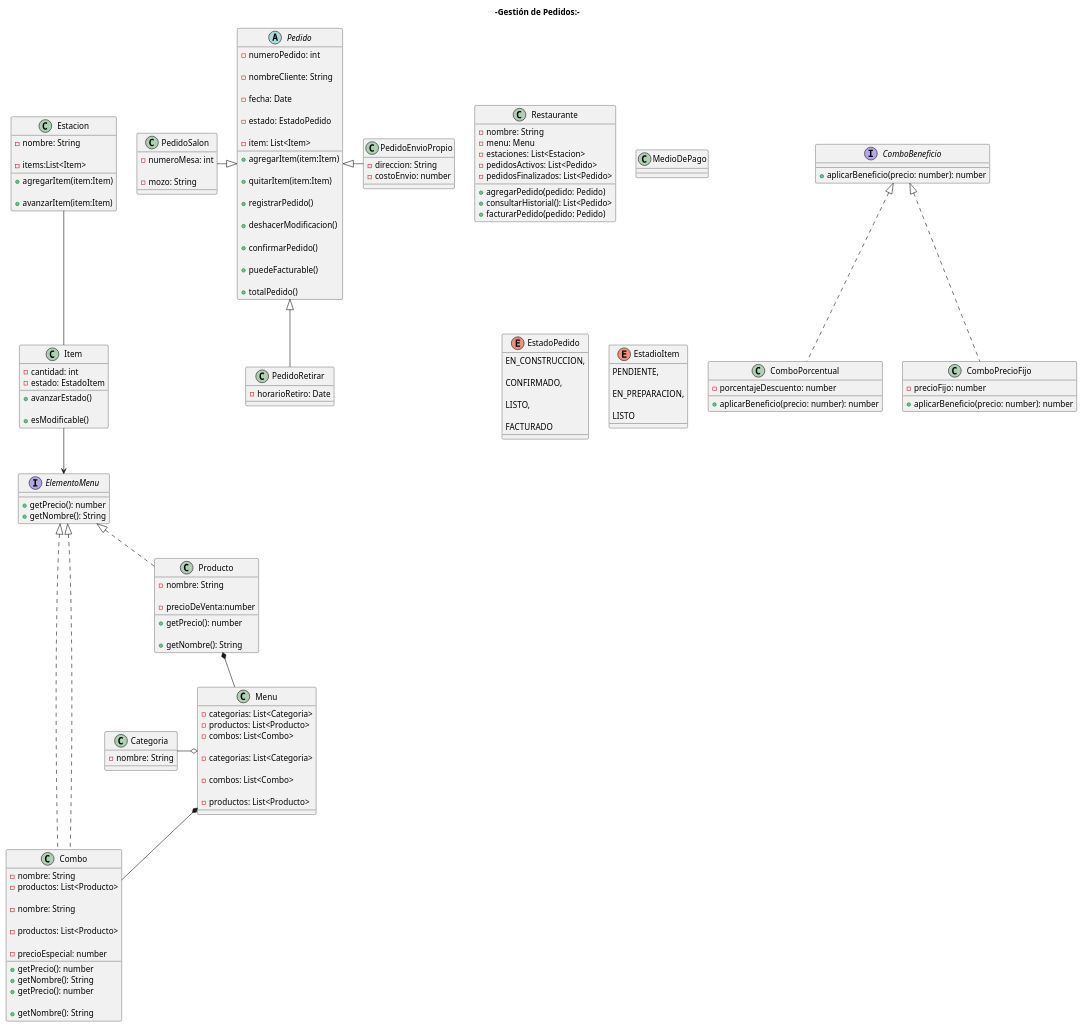
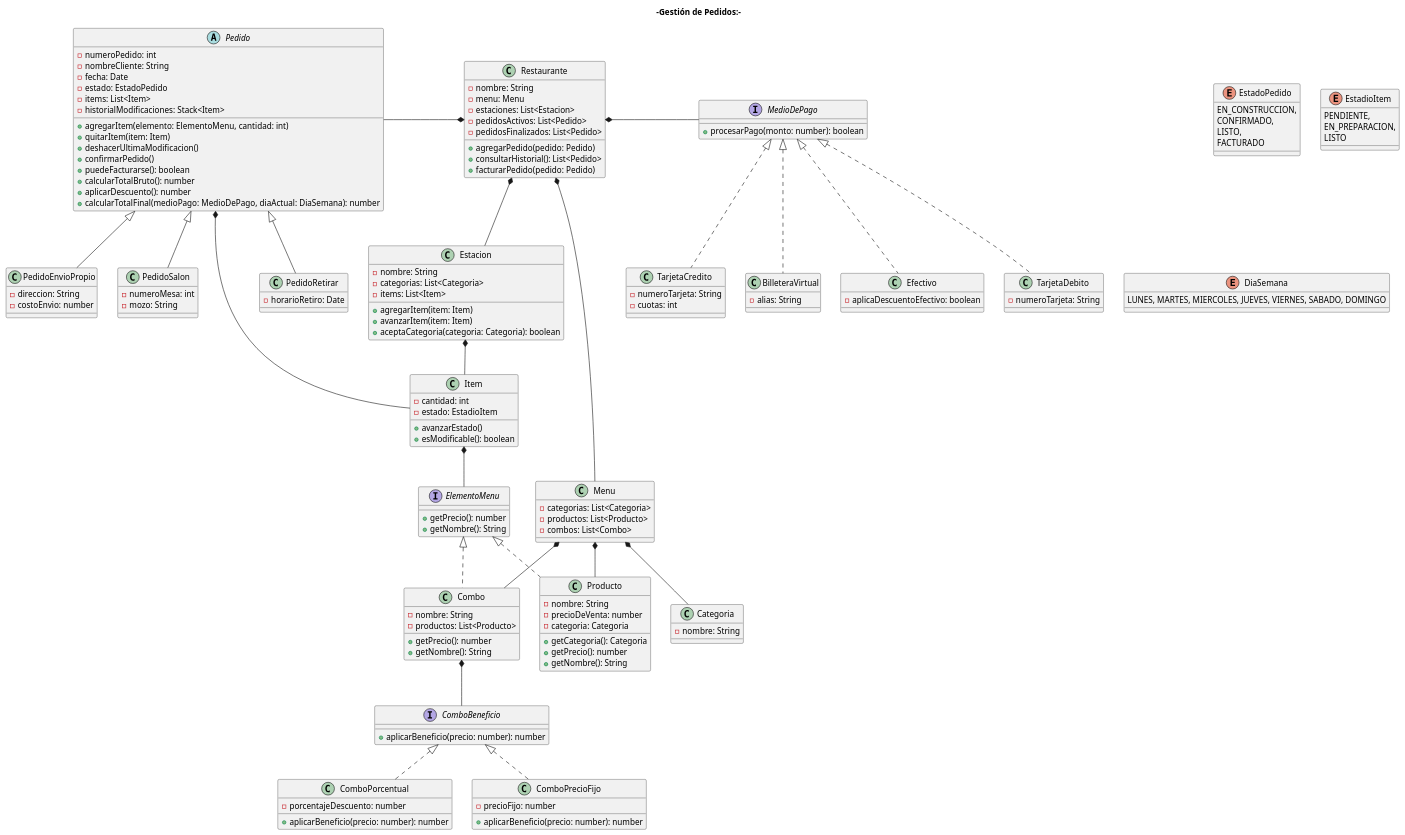
Before and after one commit to JuanJauregui2014/Tp-cuatrimestral-programacion-II: the diagram in diagramas/diagramas.puml, drawn with PlantUML. The commit also changed 10 other files, not shown here.

```diff
--- a/diagramas/diagramas.puml
+++ b/diagramas/diagramas.puml
@@ -1,4 +1,4 @@
-@startuml -Gestión de Pedidos:-
+@startuml
 title -Gestión de Pedidos:-
 class Restaurante {
     -nombre: String
@@ -50,177 +50,135 @@
 
 abstract class Pedido {
     -numeroPedido: int
+    -nombreCliente: String
+    -fecha: Date
+    -estado: EstadoPedido
+    -items: List<Item>
+    -historialModificaciones: Stack<Item>
 
-    -nombreCliente: String
-
-    -fecha: Date
-
-    -estado: EstadoPedido
-
-    -item: List<Item>
-
-
-
-    +agregarItem(item:Item)
-
-    +quitarItem(item:Item)
-
-    +registrarPedido()
-
-    +deshacerModificacion()
-
+    +agregarItem(elemento: ElementoMenu, cantidad: int)
+    +quitarItem(item: Item)
+    +deshacerUltimaModificacion()
     +confirmarPedido()
-
-    +puedeFacturable()
-
-    +totalPedido()
-
+    +puedeFacturarse(): boolean
+    +calcularTotalBruto(): number
+    +aplicarDescuento(): number
+    +calcularTotalFinal(medioPago: MedioDePago, diaActual: DiaSemana): number
 }
 
-class PedidoSalon{
-
+class PedidoSalon {
     -numeroMesa: int
-
     -mozo: String
-
 }
 
-class PedidoRetirar{
-
+class PedidoRetirar {
     -horarioRetiro: Date
-
 }
 
-class PedidoEnvioPropio{
-
+class PedidoEnvioPropio {
     -direccion: String
     -costoEnvio: number
 }
 
 class Item {
     -cantidad: int
-    -estado: EstadoItem
+    -estado: EstadioItem
     
     +avanzarEstado()
-
-    +esModificable()
-
-
-
+    +esModificable(): boolean
 }
 
-class Producto implements ElementoMenu{
+class Estacion {
+    -nombre: String
+    -categorias: List<Categoria>
+    -items: List<Item>
 
-    -nombre: String
-
-    -precioDeVenta:number
-
-
-
-    +getPrecio(): number
-
-    +getNombre(): String
-
-
-
-   
-
+    +agregarItem(item: Item)
+    +avanzarItem(item: Item)
+    +aceptaCategoria(categoria: Categoria): boolean
 }
 
-class Combo implements ElementoMenu {
-
+class Producto implements ElementoMenu {
     -nombre: String
-
-    -productos: List<Producto>
-
-    -precioEspecial: number
-
+    -precioDeVenta: number
+    -categoria: Categoria
+    
+    +getCategoria(): Categoria
     +getPrecio(): number
-
     +getNombre(): String
-
 }
 
-class Categoria{
-
-
-
+interface MedioDePago {
+    +procesarPago(monto: number): boolean
 }
 
-class Estacion{
-
-    -nombre: String
-
-    -items:List<Item>
-
-
-
-    +agregarItem(item:Item)
-
-    +avanzarItem(item:Item)
-
-
-
+class Efectivo implements MedioDePago {
+    -aplicaDescuentoEfectivo: boolean
 }
 
-
-
-class Menu{
-
-    -categorias: List<Categoria>
-
-    -combos: List<Combo>
-
-    -productos: List<Producto>
-
-
-
+class TarjetaDebito implements MedioDePago {
+    -numeroTarjeta: String
 }
 
-'preguntas si conviene  tenerlo como clase abstracta y que hereden los distintos medios de pagos'
-
-class MedioDePago{
-
-
-
+class TarjetaCredito implements MedioDePago {
+    -numeroTarjeta: String
+    -cuotas: int
 }
 
-enum EstadoPedido {
-
-    EN_CONSTRUCCION,
-
-    CONFIRMADO,
-
-    LISTO,
-
-    FACTURADO
-
+class BilleteraVirtual implements MedioDePago {
+    -alias: String
 }
 
-enum EstadioItem{
-
-    PENDIENTE,
-
-    EN_PREPARACION,
-
-    LISTO
-
+/' abstract class Descuento {
+     +esAplicable(pedido: Pedido, dia: DiaSemana): boolean
+     +calcularMontoDescuento(pedido: Pedido): number
 }
 
-Pedido <|-l- PedidoSalon
+class DescuentoEfectivo extends Descuento {
+    -porcentaje: number
+    +esAplicable(pedido: Pedido, dia: DiaSemana): boolean
+    +calcularMontoDescuento(pedido: Pedido): number
+}
 
+class DescuentoDiaEspecial extends Descuento {
+    -diaObjetivo: DiaSemana
+    -porcentaje: number
+    +esAplicable(pedido: Pedido, dia: DiaSemana): boolean
+    +calcularMontoDescuento(pedido: Pedido): number
+} '/
+
+enum EstadoPedido {
+    EN_CONSTRUCCION,
+    CONFIRMADO,
+    LISTO,
+    FACTURADO
+}
+
+enum EstadioItem {
+    PENDIENTE,
+    EN_PREPARACION,
+    LISTO
+}
+
+enum DiaSemana {
+    LUNES, MARTES, MIERCOLES, JUEVES, VIERNES, SABADO, DOMINGO
+}
+
+' Relaciones Estructurales
+Restaurante *-- Menu
+Restaurante  *-- Estacion
+Restaurante *-l-  Pedido
+Restaurante *-r- MedioDePago
+Menu  *-- Categoria
+Menu  *-- Producto
+Menu  *--Combo
+Combo  *--  ComboBeneficio
+Pedido  *--  Item
+Item  *--  ElementoMenu
+Estacion  *-- Item
+
+Pedido <|-- PedidoSalon
 Pedido <|-- PedidoRetirar
-
-Pedido <|-r- PedidoEnvioPropio
-
-Menu o-l- Categoria
-
-Producto *-d- Menu
-
-Menu *-- Combo
-
-Estacion -- Item
-
-Item --> ElementoMenu
+Pedido <|-- PedidoEnvioPropio
 
 @enduml
```
